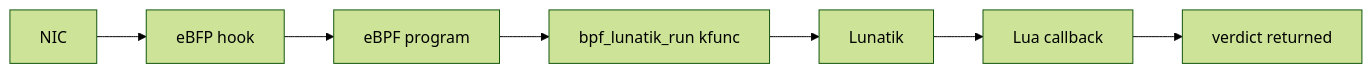
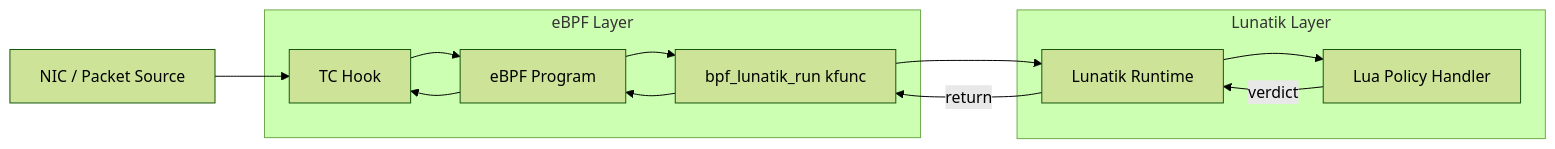
One commit to sneaky-potato/gsoc changed the diagram in lunatik-eBPF-tech-doc.md. Above: the diagram before and after it, drawn with Mermaid (forest theme). The commit also changed other lines of this file and 1 other file, not shown here.

Commit message:
Enrich luatc

````diff
--- a/lunatik-eBPF-tech-doc.md
+++ b/lunatik-eBPF-tech-doc.md
@@ -49,9 +46,27 @@
 ```mermaid
 flowchart LR
-    A[NIC] --> B[eBFP hook]
-    B --> C[eBPF program]
-    C --> D[bpf_lunatik_run kfunc]
-    D --> F[Lunatik]
-    F --> G[Lua callback]
-    G --> H[verdict returned]
+
+    NIC[NIC / Packet Source]
+
+    subgraph eBPF Layer
+        TC[TC Hook]
+        BPF[eBPF Program]
+        KFUNC[bpf_lunatik_run kfunc]
+    end
+
+    subgraph Lunatik Layer
+        LUNATIK[Lunatik Runtime]
+        LUA[Lua Policy Handler]
+    end
+
+    NIC --> TC
+    TC --> BPF
+    BPF --> KFUNC
+    KFUNC --> LUNATIK
+    LUNATIK --> LUA
+
+    LUA -->|verdict| LUNATIK
+    LUNATIK -->|return| KFUNC
+    KFUNC --> BPF
+    BPF --> TC
 ```
````
